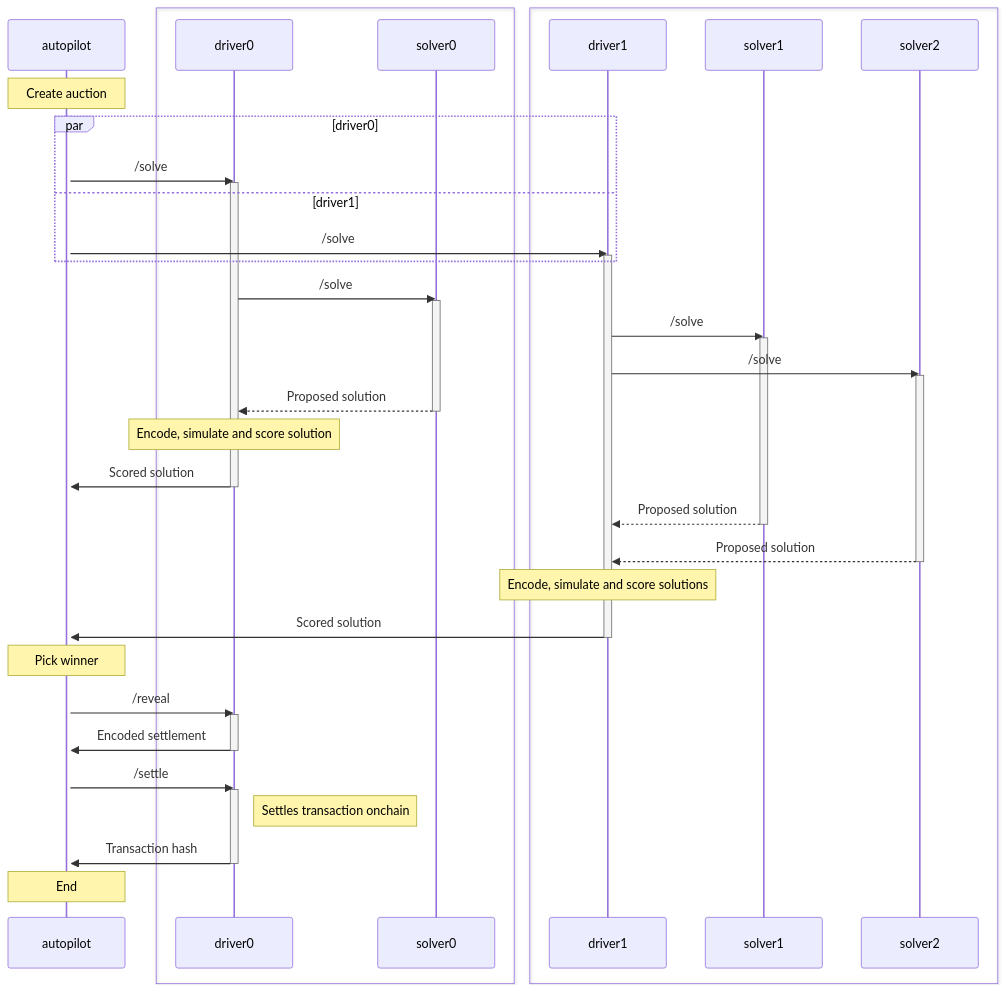
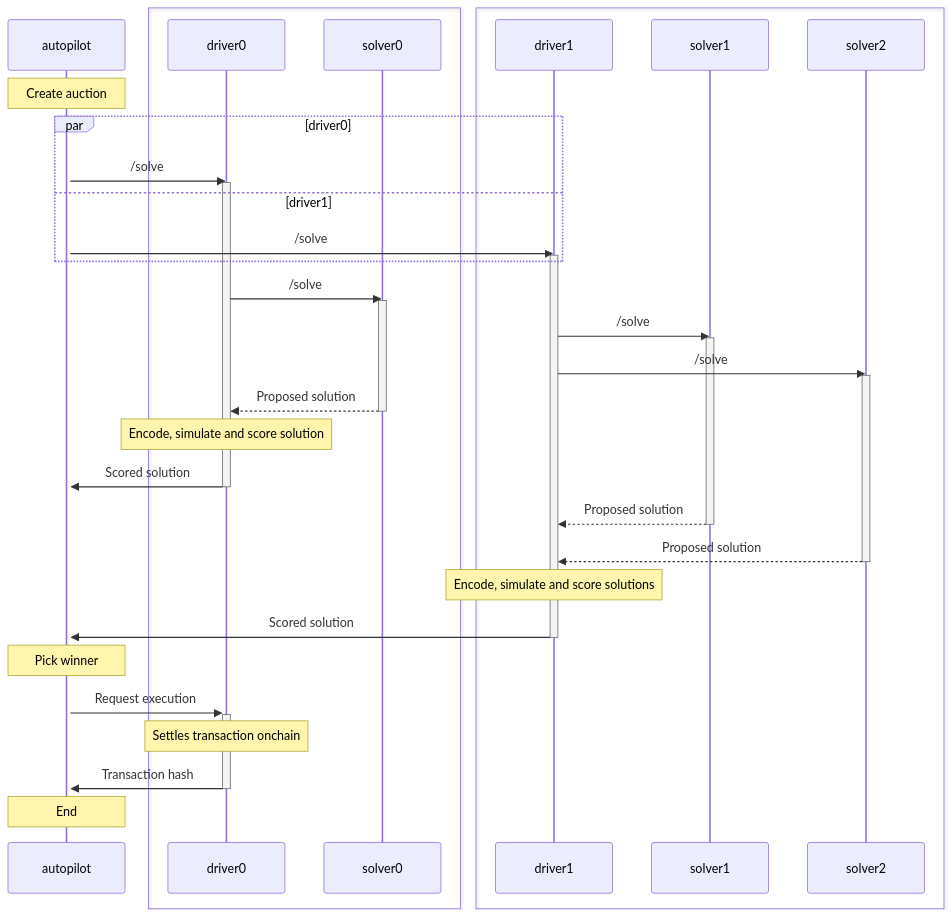
One commit to cowprotocol/docs changed the diagram in docs/cow-protocol/tutorials/arbitrate/README.mdx. Above: the diagram before and after it, drawn with Mermaid. The commit also changed 1 other file, not shown here.

Commit message:
Autopilot docs

````diff
--- a/docs/cow-protocol/tutorials/arbitrate/README.mdx
+++ b/docs/cow-protocol/tutorials/arbitrate/README.mdx
@@ -22,51 +22,46 @@
 ```mermaid
 sequenceDiagram
     participant autopilot
     box 
     participant driver0 
     participant solver0
     end
     box
     participant driver1
     participant solver1
     participant solver2
     end
     activate autopilot
     Note over autopilot: Create auction
     par driver0
         autopilot->>driver0: /solve
         activate driver0
     and driver1
         autopilot->>driver1: /solve
         activate driver1
     end
     driver0->>solver0: /solve
     activate solver0
     driver1->>solver1: /solve
     activate solver1
     driver1->>solver2: /solve
     activate solver2
     solver0-->>driver0: Proposed solution
     deactivate solver0
     Note over driver0: Encode, simulate and score solution
     driver0 ->>autopilot: Scored solution
     deactivate driver0
     solver1-->>driver1: Proposed solution
     deactivate solver1
     solver2-->>driver1: Proposed solution
     deactivate solver2
     Note over driver1: Encode, simulate and score solutions
     driver1 ->>autopilot: Scored solution
     deactivate driver1
     Note over autopilot: Pick winner
-    autopilot->>driver0: /reveal
-    activate driver0
-    driver0->>autopilot: Encoded settlement
-    deactivate driver0
-    autopilot->>driver0: /settle
-    activate driver0;
-    Note right of driver0: Settles transaction onchain
+    autopilot->>+driver0: Request execution
+    Note over driver0: Settles transaction onchain
     driver0->>autopilot: Transaction hash
     deactivate driver0
     Note over autopilot: End
 ```
````
